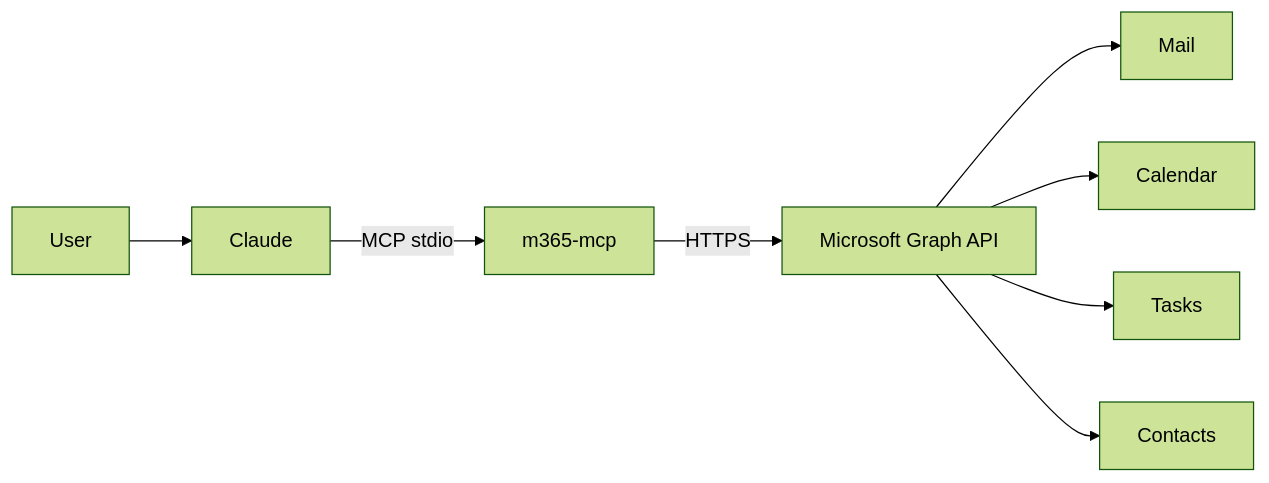
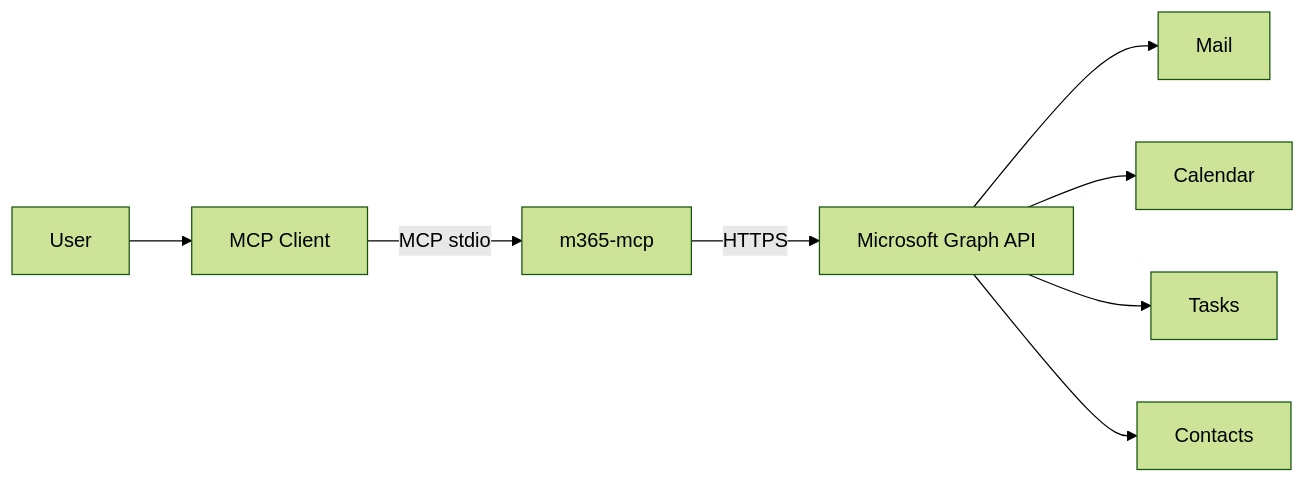
One commit to JoshLuedeman/m365-mcp changed the first of 2 diagrams in README.md. Above: the diagram before and after it, drawn with Mermaid (forest theme). The commit also changed other lines of this file, not shown here.

First line of the commit message:
docs: make README client-agnostic

````diff
--- a/README.md
+++ b/README.md
@@ -28,10 +28,10 @@
 ```mermaid
 graph LR
-    User["User"] --> Claude["Claude"]
-    Claude -->|"MCP stdio"| Server["m365-mcp"]
+    User["User"] --> Client["MCP Client"]
+    Client -->|"MCP stdio"| Server["m365-mcp"]
     Server -->|"HTTPS"| Graph["Microsoft Graph API"]
     Graph --> Mail["Mail"]
     Graph --> Calendar["Calendar"]
     Graph --> Tasks["Tasks"]
     Graph --> Contacts["Contacts"]
 ```
````
